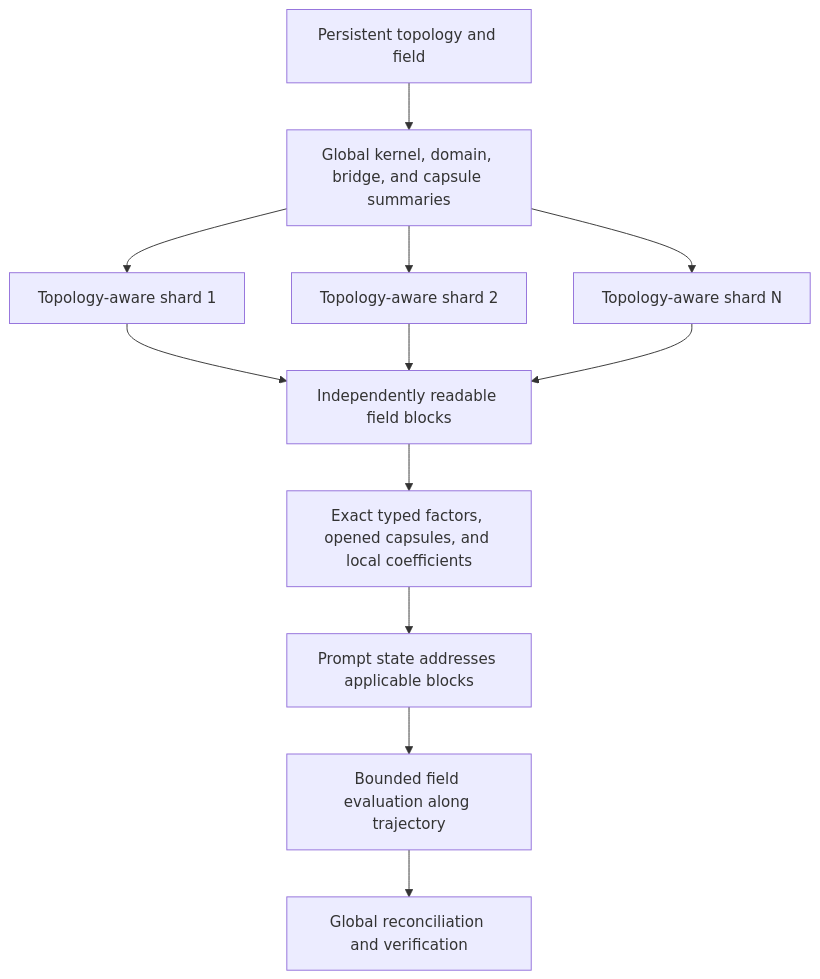
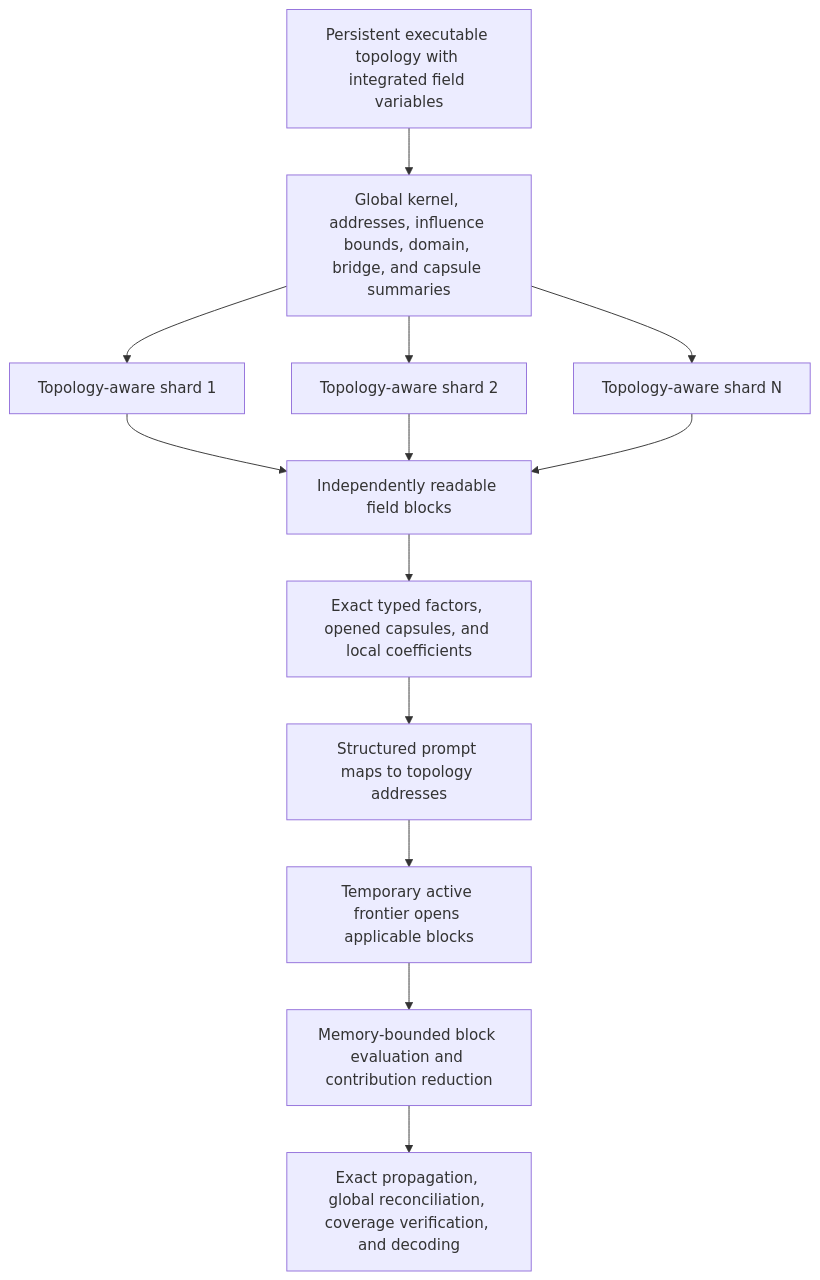
Before and after one commit to rishi-ie/LTM: the eighth of 8 diagrams in docs/architecture.md, drawn with Mermaid. The commit also changed other lines of this file and 46 other files, not shown here.

Commit message:
Document executable topology architecture and MICRO-LTM-3 boundary

````diff
--- a/docs/architecture.md
+++ b/docs/architecture.md
@@ -3205,22 +3490,23 @@
 ```mermaid
 flowchart TD
-    A["Persistent topology and field"]
-    B["Global kernel, domain, bridge, and capsule summaries"]
+    A["Persistent executable topology with integrated field variables"]
+    B["Global kernel, addresses, influence bounds, domain, bridge, and capsule summaries"]
     C1["Topology-aware shard 1"]
     C2["Topology-aware shard 2"]
     C3["Topology-aware shard N"]
     D1["Independently readable field blocks"]
     D2["Exact typed factors, opened capsules, and local coefficients"]
-    E["Prompt state addresses applicable blocks"]
-    F["Bounded field evaluation along trajectory"]
-    G["Global reconciliation and verification"]
+    E["Structured prompt maps to topology addresses"]
+    F["Temporary active frontier opens applicable blocks"]
+    H["Memory-bounded block evaluation and contribution reduction"]
+    G["Exact propagation, global reconciliation, coverage verification, and decoding"]
 
     A --> B
     B --> C1
     B --> C2
     B --> C3
     C1 --> D1
     C2 --> D1
     C3 --> D1
-    D1 --> D2 --> E --> F --> G
+    D1 --> D2 --> E --> F --> H --> G
 ```
````
